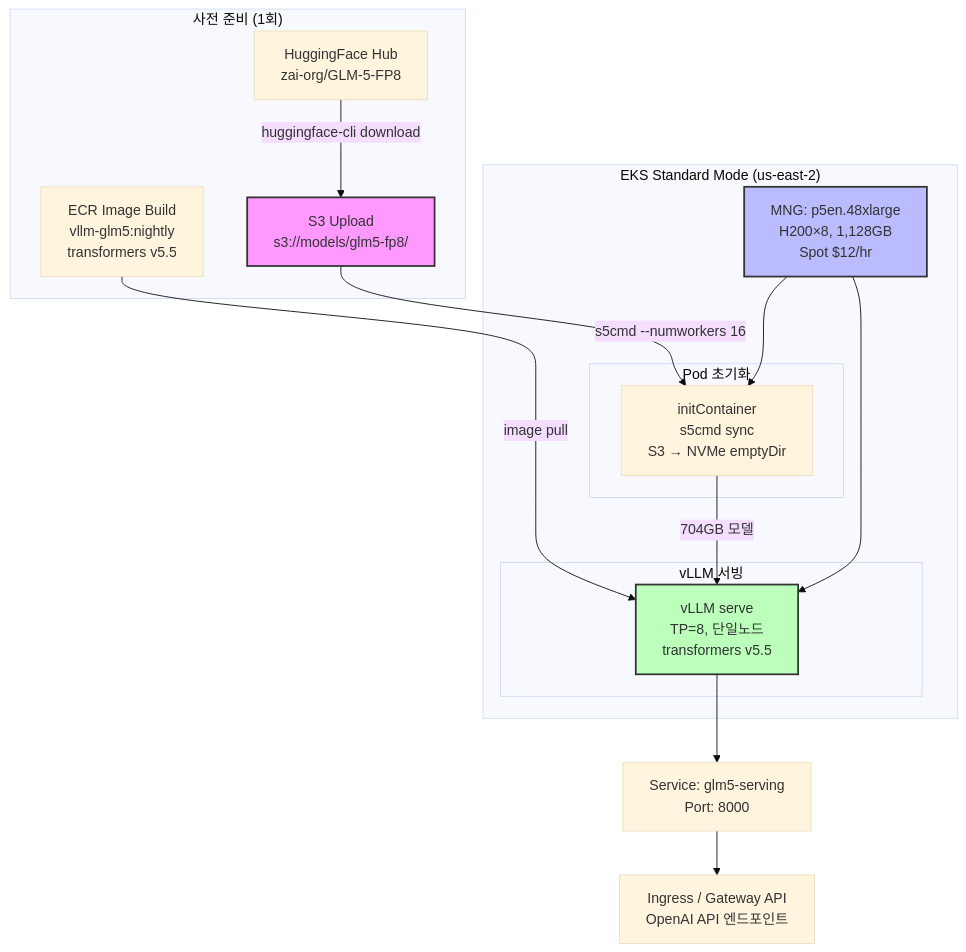
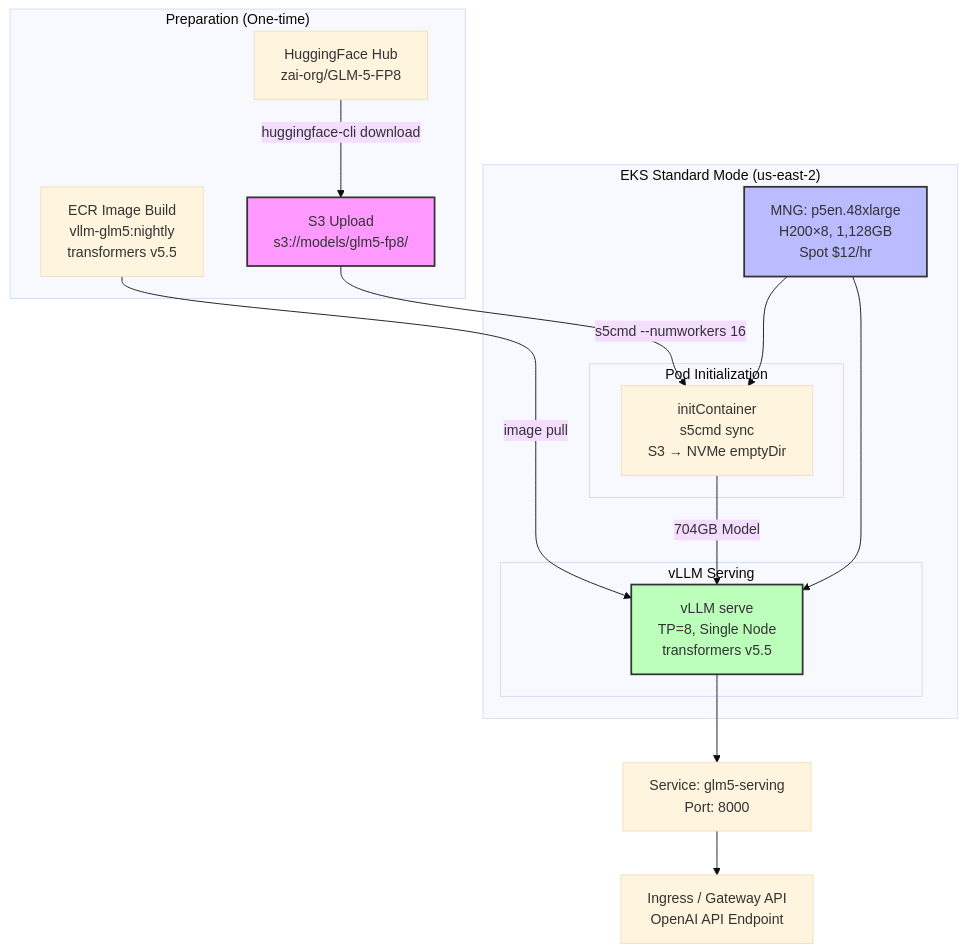
Before and after one commit to devfloor9/engineering-playbook: the diagram in docs/agentic-ai-platform/reference-architecture/model-lifecycle/custom-model-deployment.md, drawn with Mermaid (base theme). The commit also changed other lines of this file and 954 other files, not shown here.

````diff
--- a/docs/agentic-ai-platform/reference-architecture/model-lifecycle/custom-model-deployment.md
+++ b/docs/agentic-ai-platform/reference-architecture/model-lifecycle/custom-model-deployment.md
@@ -691,35 +689,35 @@
 ```mermaid
 graph TB
-    subgraph "사전 준비 (1회)"
+    subgraph "Preparation (One-time)"
         HF[HuggingFace Hub<br/>zai-org/GLM-5-FP8]
         ECR_BUILD[ECR Image Build<br/>vllm-glm5:nightly<br/>transformers v5.5]
         S3_UPLOAD[S3 Upload<br/>s3://models/glm5-fp8/]
     end
     
     HF -->|huggingface-cli download| S3_UPLOAD
     
     subgraph "EKS Standard Mode (us-east-2)"
         MNG[MNG: p5en.48xlarge<br/>H200×8, 1,128GB<br/>Spot $12/hr]
         
-        subgraph "Pod 초기화"
+        subgraph "Pod Initialization"
             INIT[initContainer<br/>s5cmd sync<br/>S3 → NVMe emptyDir]
         end
         
-        subgraph "vLLM 서빙"
-            VLLM[vLLM serve<br/>TP=8, 단일노드<br/>transformers v5.5]
+        subgraph "vLLM Serving"
+            VLLM[vLLM serve<br/>TP=8, Single Node<br/>transformers v5.5]
         end
         
         S3_UPLOAD -->|s5cmd --numworkers 16| INIT
         ECR_BUILD -->|image pull| VLLM
-        INIT -->|704GB 모델| VLLM
+        INIT -->|704GB Model| VLLM
         MNG --> INIT
         MNG --> VLLM
     end
     
     VLLM --> SVC[Service: glm5-serving<br/>Port: 8000]
-    SVC --> INGRESS[Ingress / Gateway API<br/>OpenAI API 엔드포인트]
+    SVC --> INGRESS[Ingress / Gateway API<br/>OpenAI API Endpoint]
     
     style S3_UPLOAD fill:#f9f,stroke:#333,stroke-width:2px
     style MNG fill:#bbf,stroke:#333,stroke-width:2px
     style VLLM fill:#bfb,stroke:#333,stroke-width:2px
 ```
````
